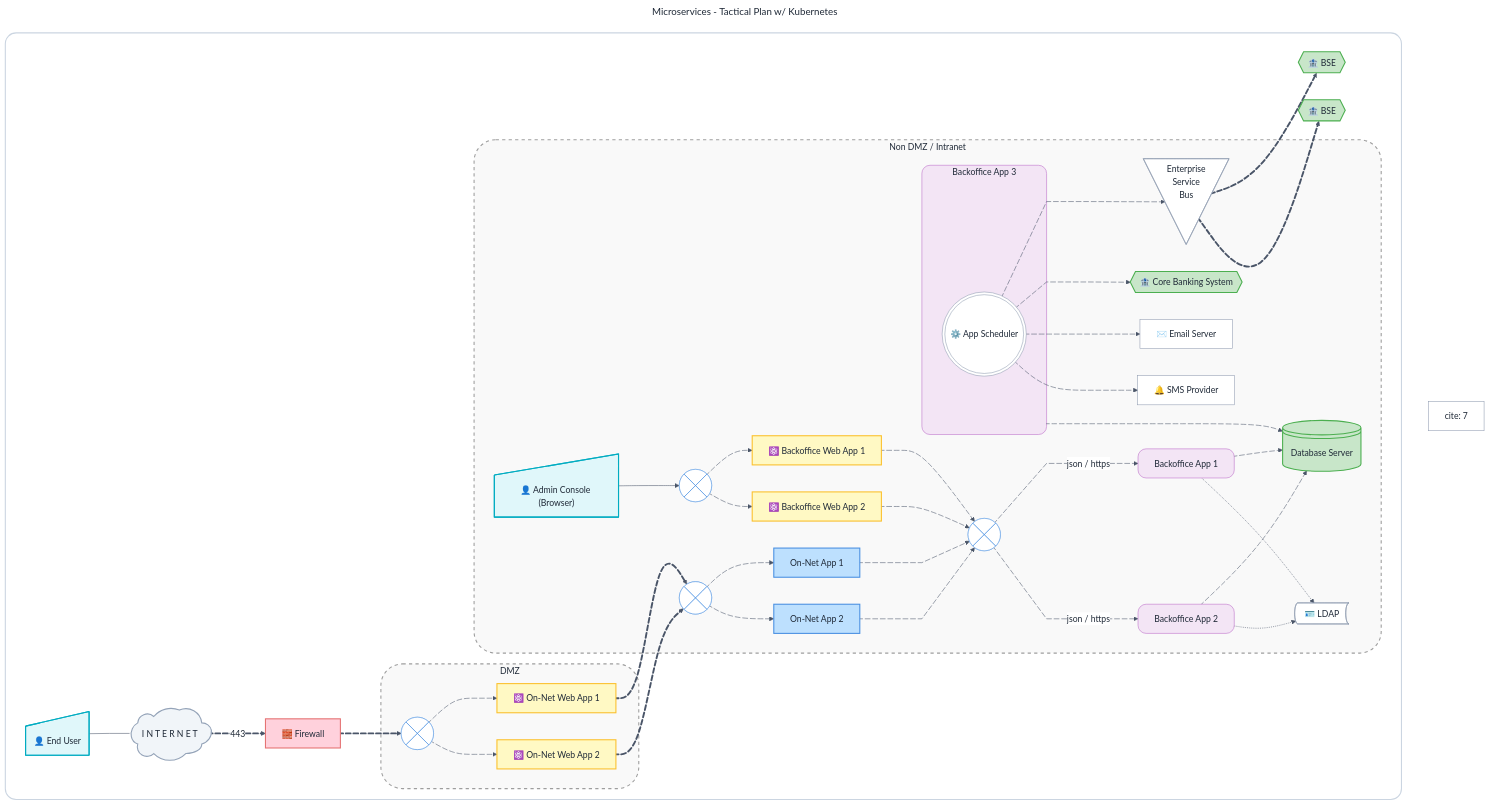
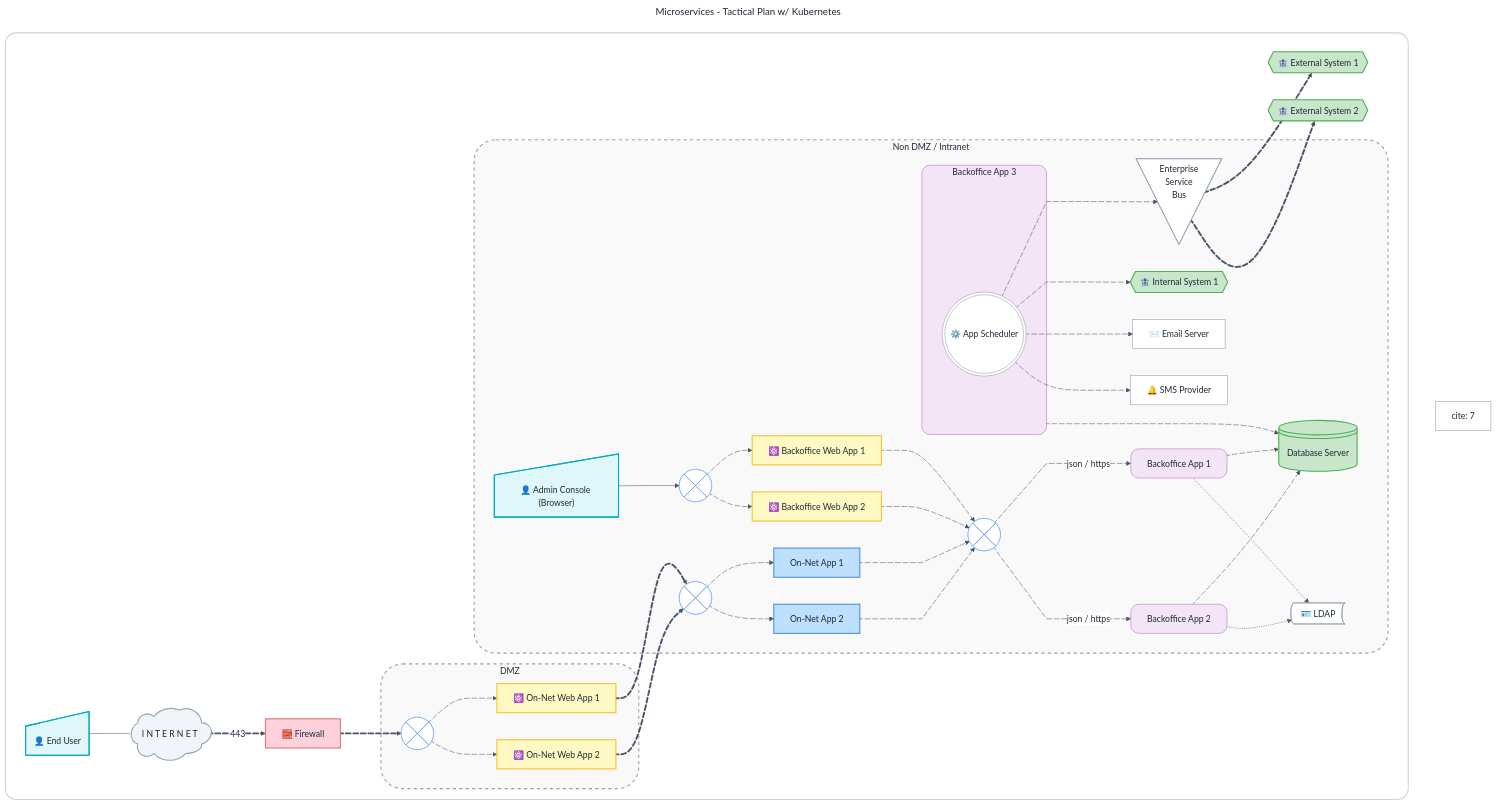
Before and after one commit to govindthange/playbooks: the diagram in mermaid/multi-tier-templates/pastel-theme/2onnet-2bo-web-app.mmd, drawn with Mermaid. The commit also changed 1 other file, not shown here.

Commit message:
Mask cbs, nse and bse names

````diff
--- a/mermaid/multi-tier-templates/pastel-theme/2onnet-2bo-web-app.mmd
+++ b/mermaid/multi-tier-templates/pastel-theme/2onnet-2bo-web-app.mmd
@@ -1,166 +1,166 @@
 ---
 title: "Microservices - Tactical Plan w/ Kubernetes"
 config:
   flowchart:
     curve: basis
   theme: base
   themeVariables:
     primaryColor: '#E2F0CB'
     primaryTextColor: '#1F2937'
     primaryBorderColor: '#8E9AAF'
     lineColor: '#4A5568'
     edgeLabelBackground: '#FFFFFF'
     fontFamily: 'Inter, system-ui, sans-serif'
     mainBkg: '#FFFFFF'
     secondBkg: '#F8FAFC'
     tertiaryColor: '#EDF2F7'
     clusterBkg: '#FAFAFA'
     clusterBorder: '#CBD5E1'
     background: '#FFFFFF'
     secondaryColor: '#E2E8F0'
     tertiaryTextColor: '#1F2937'
     secondaryTextColor: '#1F2937'
     textColor: '#1F2937'
     nodeTextColor: '#1F2937'
   themeCSS: '.edgeLabel, .edgeLabels, .edgeLabel *, .edgeLabels *, .edgeLabel .label, .edgeLabels .label, .edgeLabel p, .edgeLabels p, .edgeLabel div, .edgeLabels div, .edgeLabel foreignObject, .edgeLabels foreignObject, .edgeLabel rect, .edgeLabels rect, .edgeLabel span, .edgeLabels span, .label rect, tspan { background-color: #FFFFFF !important; fill: #FFFFFF !important; stroke: none !important; } .edgeLabel .label text, .edgeLabel text, .edgeLabels text, .edgeLabel p, .edgeLabels p, .edgeLabel span, .edgeLabels span { color: #4A5568 !important; fill: #4A5568 !important; }'
 ---
 
 flowchart
   subgraph mainContainer[" "]
     direction LR
     endUser@{ shape: sl-rect, label: "👤 End User" }
     internet@{ shape: cloud, label: "I  N  T  E  R  N  E  T" }
     firewall@{ shape: rect, label: "🧱 Firewall" }
 
     subgraph dmz ["DMZ"]
       onNetWeb1@{ shape: rect, label: "⚛️ On-Net Web App 1" }
       onNetWeb2@{ shape: rect, label: "⚛️ On-Net Web App 2" }
       lbBeforeOnnetWebs@{ shape: cross-circ, label: "🔀" }
     end
 
     subgraph nonDmz ["Non DMZ / Intranet"]
       lbBeforeBoApps@{ shape: cross-circ, label: "🔀" }
       lbBeforeBoWeb@{ shape: cross-circ, label: "🔀" }
       lbBeforeOnNetApps@{ shape: cross-circ, label: "🔀" }
       ldap@{ shape: bow-rect, label: "🪪 LDAP" }
       boWeb1@{ shape: rect, label: "⚛️ Backoffice Web App 1" }
       boWeb2@{ shape: rect, label: "⚛️ Backoffice Web App 2" }
       
       onNetApp1@{ shape: rect, label: "On-Net App 1" }
       onNetApp2@{ shape: rect, label: "On-Net App 2" }
 
       lbBeforeOnNetApps edgeLbOnNetApp1@--> onNetApp1
       edgeLbOnNetApp1@{ curve: basis, animate: true, animation: fast }
       lbBeforeOnNetApps edgeLbOnNetApp2@--> onNetApp2
       edgeLbOnNetApp2@{ curve: basis, animate: true, animation: fast }
 
       adminUser@{ shape: sl-rect, label: "👤 Admin Console (Browser)" }
       adminUser --> lbBeforeBoWeb
       lbBeforeBoWeb edgeLbBoWeb1@--> boWeb1
       edgeLbBoWeb1@{ curve: basis, animate: true, animation: fast }
       lbBeforeBoWeb edgeLbBoWeb2@--> boWeb2
       edgeLbBoWeb2@{ curve: basis, animate: true, animation: fast }
       
       boWeb1 edgeBoWeb1Lb@--> lbBeforeBoApps
       edgeBoWeb1Lb@{ curve: basis, animate: true, animation: fast }
       boWeb2 edgeBoWeb2Lb@--> lbBeforeBoApps
       edgeBoWeb2Lb@{ curve: basis, animate: true, animation: fast }
       onNetApp1 edgeService1A2@-.-> lbBeforeBoApps
       edgeService1A2@{ curve: linear, animate: true, animation: fast }
 
       onNetApp2 edgeService1B2@-.-> lbBeforeBoApps
       edgeService1B2@{ curve: linear, animate: true, animation: fast }
       
       boApp1@{ shape: rect, label: "Backoffice App 1" }
       boApp2@{ shape: rect, label: "Backoffice App 2" }
       lbBeforeBoApps edgeService1A1@-.->|json / https| boApp1
       edgeService1A1@{ curve: linear, animate: true, animation: fast }
       lbBeforeBoApps edgeService1B1@-.->|json / https| boApp2
       edgeService1B1@{ curve: linear, animate: true, animation: fast }
       subgraph boApp3 ["Backoffice App 3"]
           boAppScheduler@{ shape: dbl-circ, label: "⚙️ App Scheduler" }
       end
       emailServer@{ shape: rect, label: "✉️ Email Server" }
       database@{ shape: lin-cyl, label: "Database Server" }
-      cbs@{ shape: hex, label: "🏦 Core Banking System" }
+      internalSystem1@{ shape: hex, label: "🏦 Internal System 1" }
       esb@{ shape: flip-tri, label: "Enterprise<br/>Service<br/>Bus" }
       smsProvider@{ shape: rect, label: "🔔 SMS Provider" }
     end
 
-    bse@{ shape: hex, label: "🏦 BSE" }
-    nse@{ shape: hex, label: "🏦 BSE" }
+    externalSystem1@{ shape: hex, label: "🏦 External System 1" }
+    externalSystem2@{ shape: hex, label: "🏦 External System 2" }
 
     %% External Access Routing
     lbBeforeOnnetWebs externalLbToWeb1@--> onNetWeb1
     externalLbToWeb1@{ curve: basis, animate: true, animation: fast }
     lbBeforeOnnetWebs externalLbToWeb2@--> onNetWeb2
     externalLbToWeb2@{ curve: basis, animate: true, animation: fast }
 
     endUser edgeWeb@--- internet
     edgeWeb@{ curve: linear }
 
     internet edgeFirewall@==> |443| firewall
     edgeFirewall@{ curve: linear, animate: true, animation: slow }
 
     firewall edgeGateway@==> lbBeforeOnnetWebs
     edgeGateway@{ curve: linear, animate: true, animation: slow }
 
     onNetWeb1 webapp1ToInternalLb@==> lbBeforeOnNetApps
     webapp1ToInternalLb@{ curve: basis, animate: true, animation: slow }
 
     onNetWeb2 webapp2ToInternalLb@==> lbBeforeOnNetApps
     webapp2ToInternalLb@{ curve: basis, animate: true, animation: slow }
 
     boApp1 edgeBoApp1Db@--> database
     edgeBoApp1Db@{ curve: basis, animate: true, animation: fast }
     boApp2 edgeBoApp2Db@--> database
     edgeBoApp2Db@{ curve: basis, animate: true, animation: fast }
     boApp3 edgeBoApp3Db@--> database
     edgeBoApp3Db@{ curve: basis, animate: true, animation: fast }
 
     boAppScheduler edgeEventsBus@--> esb
     edgeEventsBus@{ curve: linear, animate: true, animation: slow }
 
-    boAppScheduler edgeCbs@--> cbs
+    boAppScheduler edgeCbs@--> internalSystem1
     edgeCbs@{ curve: linear, animate: true, animation: slow }
 
     boAppScheduler edgeEmailNotify@--> emailServer
     edgeEmailNotify@{ curve: basis, animate: true, animation: fast }
 
     boAppScheduler edgeSmsNotify@--> smsProvider
     edgeSmsNotify@{ curve: basis, animate: true, animation: fast }
 
     boApp1 & boApp2 -.-> ldap
 
-    esb edgeEsbBse@==> bse
+    esb edgeEsbBse@==> externalSystem1
     edgeEsbBse@{ curve: basis, animate: true, animation: slow }
 
-    esb edgeEsbNse@==> nse
+    esb edgeEsbNse@==> externalSystem2
     edgeEsbNse@{ curve: basis, animate: true, animation: slow }
   end
 
 %% Pastel Light Theme Styling & Classes
 classDef zoneClass fill:#F9F9F9,stroke:#9E9E9E,stroke-width:2px,stroke-dasharray:6,rx:40,ry:40,color:#1F2937;
 classDef webAppClass fill:#FFF9C4,stroke:#FBC02D,stroke-width:2px,color:#1F2937;
 classDef onNetClass fill:#BDE0FE,stroke:#4A90E2,stroke-width:2px,color:#1F2937;
 classDef boClass fill:#F3E5F5,stroke:#BA68C8,rx:15,ry:15,color:#1F2937;
 classDef serviceClass fill:#C8E6C9,stroke:#4CAF50,stroke-width:2px,color:#1F2937;
 classDef systemUserClass fill:#E0F7FA,stroke:#00ACC1,stroke-width:2px,color:#1F2937;
 
 class dmz,nonDmz zoneClass;
 class onNetWeb1,onNetWeb2,boWeb1,boWeb2 webAppClass;
 class onNetApp1,onNetApp2 onNetClass;
 class boApp1,boApp2,boApp3 boClass;
-class bse,nse,cbs,database serviceClass;
+class database,internalSystem1,externalSystem1,externalSystem2 serviceClass;
 class endUser,adminUser systemUserClass;
 
 %% Pastel Specific Adhoc Styling
 style mainContainer fill:#FFFFFF,stroke:#CBD5E1,stroke-width:2px,rx:20px,ry:20px;
 style firewall fill:#FFD1DC,stroke:#E57373,stroke-width:2px,color:#1F2937;
 style internet fill:#F1F5F9,stroke:#94A3B8,stroke-width:2px,color:#1F2937;
 
 style lbBeforeOnnetWebs stroke:#4A90E2;
 style lbBeforeBoApps stroke:#4A90E2;
 style lbBeforeOnNetApps stroke:#4A90E2;
 style lbBeforeBoWeb stroke:#4A90E2;
 ```[cite: 7]
````
